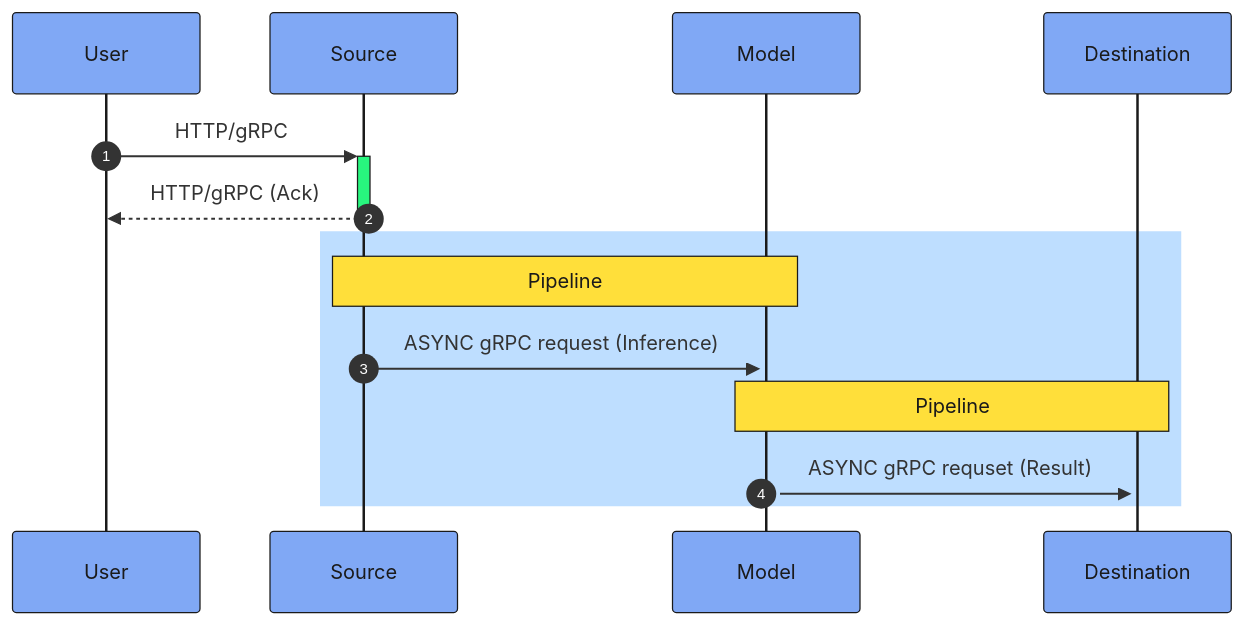
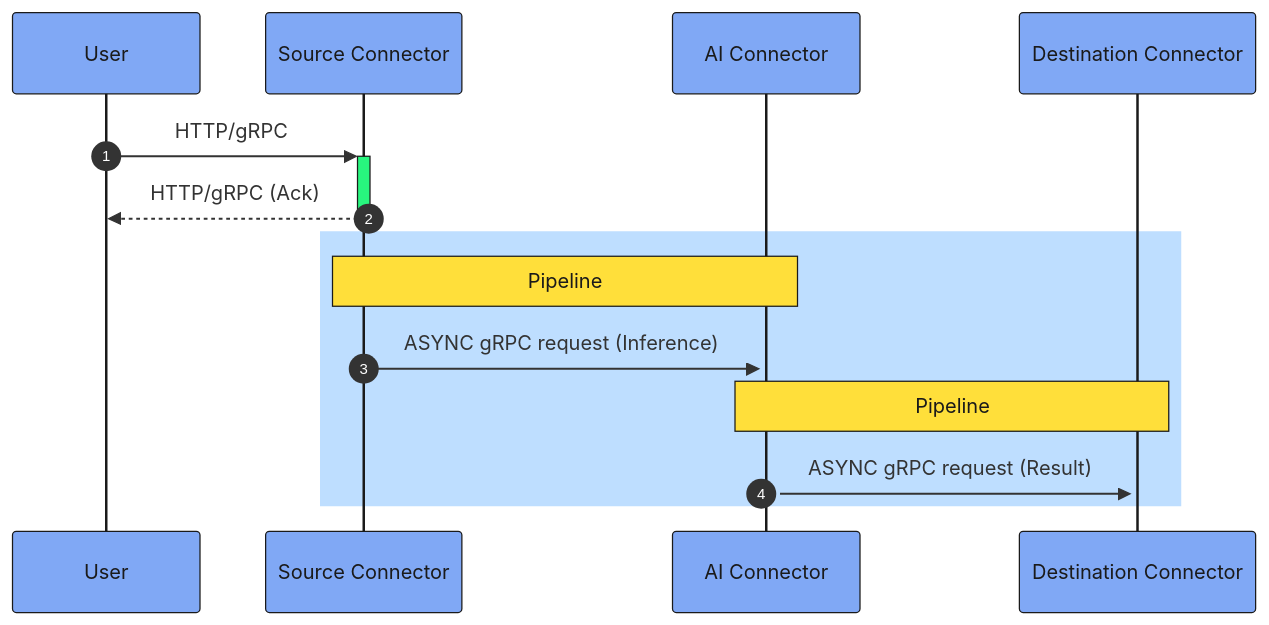
Before and after one commit to instill-ai/instill.tech: the diagram in public/docs-assets/core-concepts/mermaid/async.mmd, drawn with Mermaid. The commit also changed 59 other files, not shown here.

```diff
--- a/public/docs-assets/core-concepts/mermaid/async.mmd
+++ b/public/docs-assets/core-concepts/mermaid/async.mmd
@@ -1,32 +1,32 @@
 %%{
   init: {
     'themeVariables': {
       'primaryBorderColor': '#1A1A1A',
       'secondaryBorderColor': '#1A1A1A',
       'tertiaryBorderColor': '#1A1A1A',
       'lineColor': '#1A1A1A',
       'actorBkg': '#80A8F5',
       'actorBorder': '#1A1A1A',
       'actorTextColor': '#1A1A1A',
       'actorLineColor': '#1A1A1A',
       'noteBkgColor': '#FFDF3A',
       'noteBorderColor': '#1A1A1A',
       'noteTextColor': '#1A1A1A',
       'activationBkgColor': '#28F67E',
       'activationBorderColor': '#1A1A1A',
       'sequenceNumberColor': '#FFFFFF',
       'textColor': '#1A1A1A'
     },
     'themeCSS': 'background-color: white;'
   }
 }%%
 sequenceDiagram
   autonumber
-  User->>+Source: HTTP/gRPC
-  Source-->>-User: HTTP/gRPC (Ack)
+  User->>+Source Connector: HTTP/gRPC
+  Source Connector-->>-User: HTTP/gRPC (Ack)
   rect rgb(190, 222, 255)
-  Note over Source,Model: Pipeline  
-  Source->>+Model: ASYNC gRPC request (Inference)
-  Note over Model,Destination: Pipeline 
-  Model->>+Destination: ASYNC gRPC requset (Result)
+  Note over Source Connector,AI Connector: Pipeline  
+  Source Connector->>+AI Connector: ASYNC gRPC request (Inference)
+  Note over AI Connector,Destination Connector: Pipeline 
+  AI Connector->>+Destination Connector: ASYNC gRPC request (Result)
   end
```
